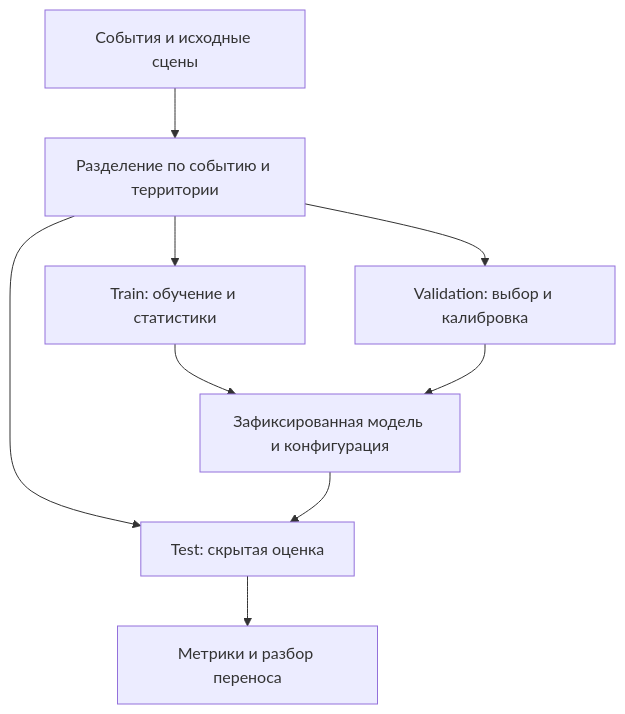
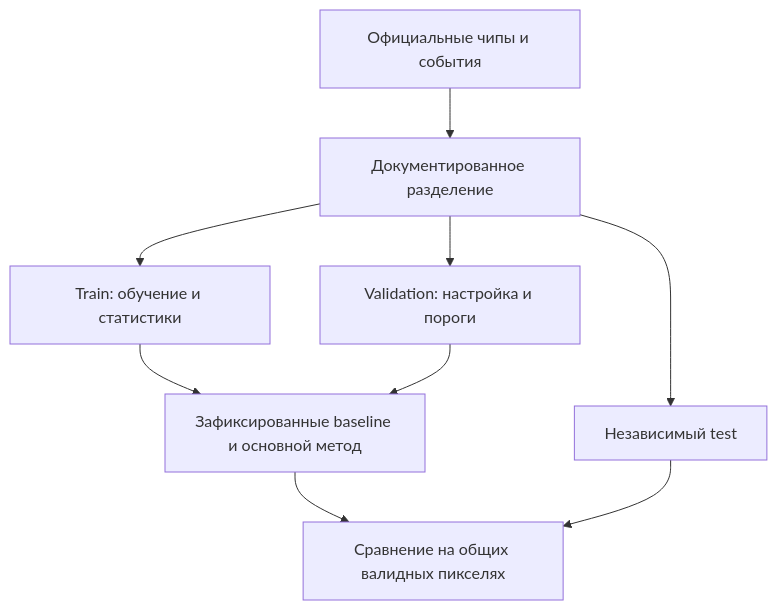
One commit to eugenetatarchenkolaw/test_EO changed the diagram in docs/VALIDATION.md. Above: the diagram before and after it, drawn with Mermaid. The commit also changed other lines of this file and 58 other files, not shown here.

````diff
--- a/docs/VALIDATION.md
+++ b/docs/VALIDATION.md
@@ -7,11 +7,11 @@
 ```mermaid
 flowchart TD
-    D["События и исходные сцены"] --> G["Разделение по событию и территории"]
-    G --> T["Train: обучение и статистики"]
-    G --> V["Validation: выбор и калибровка"]
-    G --> X["Test: скрытая оценка"]
-    T --> M["Зафиксированная модель и конфигурация"]
-    V --> M
-    M --> X
-    X --> R["Метрики и разбор переноса"]
+    S["Официальные чипы и события"] --> D["Документированное разделение"]
+    D --> T["Train: обучение и статистики"]
+    D --> V["Validation: настройка и пороги"]
+    D --> X["Независимый test"]
+    T --> F["Зафиксированные baseline и основной метод"]
+    V --> F
+    F --> Q["Сравнение на общих валидных пикселях"]
+    X --> Q
 ```
````
